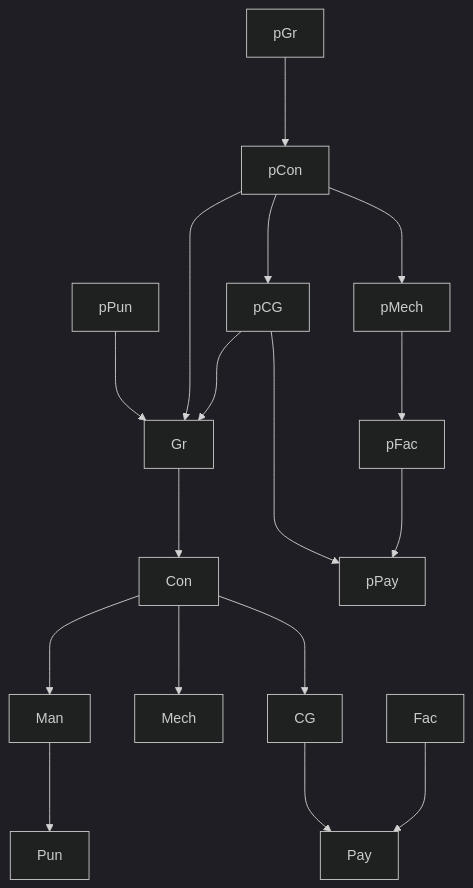
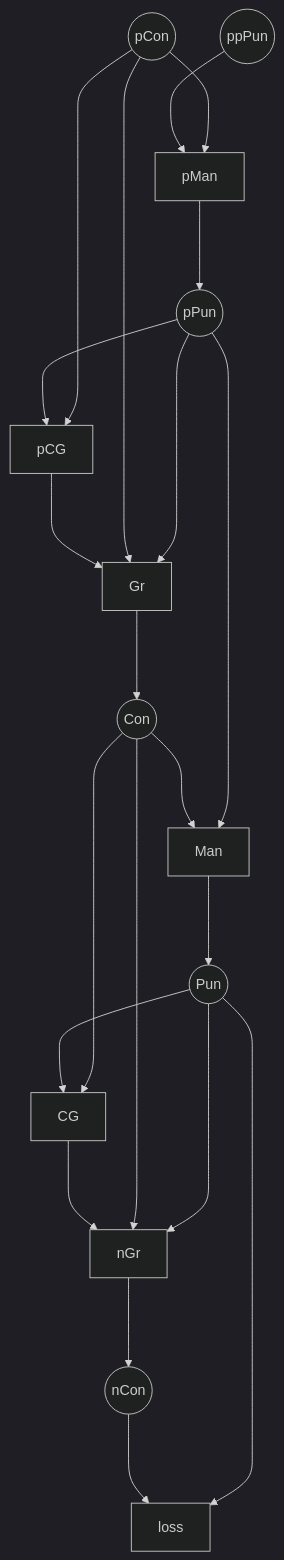
Before and after one commit to center-for-humans-and-machines/algorithmic-institutions: the second of 3 diagrams in reports/stochastic_graph.md, drawn with Mermaid (dark theme). The commit also changed other lines of this file and 2 other files, not shown here.

Commit message:
Update report.

````diff
--- a/reports/stochastic_graph.md
+++ b/reports/stochastic_graph.md
@@ -32,37 +36,34 @@
 ```mermaid
 flowchart TD
 
+ppPun((ppPun)) ---> pMan
+pCon((pCon)) ---> pMan
+
+pMan ---> pPun((pPun))
+
+pPun ---> pCG
+pCon ---> pCG
+
 pCG ---> Gr
-pCon ---> Gr
-pPun ---> Gr
+pCon((pCon)) ---> Gr
+pPun((pPun)) ---> Gr
 
-Gr ---> Con
-
+Gr ---> Con((Con))
 
 Con ---> Man
-pPun
+pPun ---> Man
 
-Man ---> Pun
+Man ---> Pun((Pun))
 
-
-
-Con ---> Mech
-
-Fac ---> Pay
-CG ---> Pay
-
+Pun ---> CG
 Con ---> CG
 
+CG ---> nGr
+Con ---> nGr
+Pun ---> nGr
 
+nGr ---> nCon((nCon))
 
-
-pGr ---> pCon
-
-pMech ---> pFac
-pCon ---> pMech
-
-pFac ---> pPay
-pCG ---> pPay
-
-pCon ---> pCG
+nCon ---> loss
+Pun ---> loss
 ```
````
